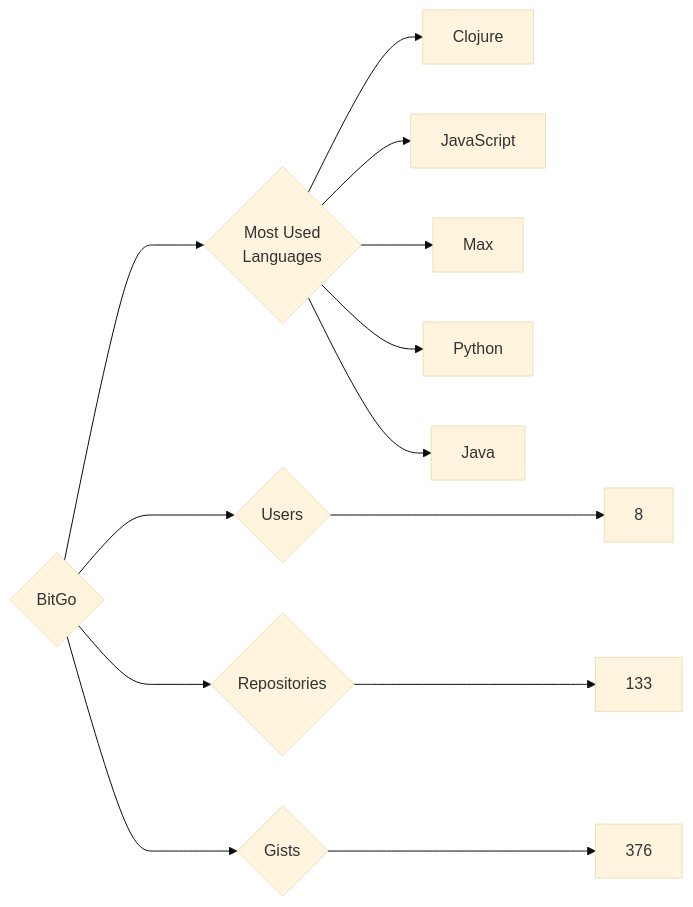
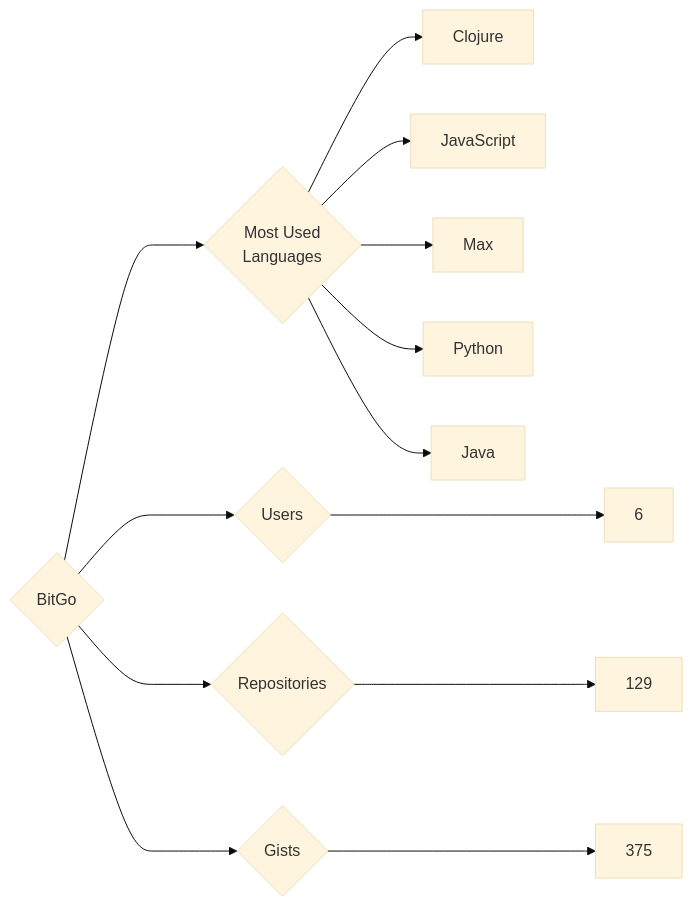
Before and after one commit to trickest/insiders: the diagram in targets/BitGo/README.md, drawn with Mermaid (base theme). The commit also changed 1238 other files, not shown here.

````diff
--- a/targets/BitGo/README.md
+++ b/targets/BitGo/README.md
@@ -3,13 +3,13 @@
 ```mermaid
 graph LR
 COMPANY_NAME{BitGo}
-COMPANY_NAME ---> U{Users} ---> UN[8]
-COMPANY_NAME ---> R{Repositories} ---> RN[133]
-COMPANY_NAME ---> G{Gists} ---> GN[376]
+COMPANY_NAME ---> U{Users} ---> UN[6]
+COMPANY_NAME ---> R{Repositories} ---> RN[129]
+COMPANY_NAME ---> G{Gists} ---> GN[375]
 COMPANY_NAME ---> ML{Most Used<br>Languages}
 ML --> Clojure[Clojure]
 ML --> JavaScript[JavaScript]
 ML --> Max[Max]
 ML --> Python[Python]
 ML --> Java[Java]
 ```
````
